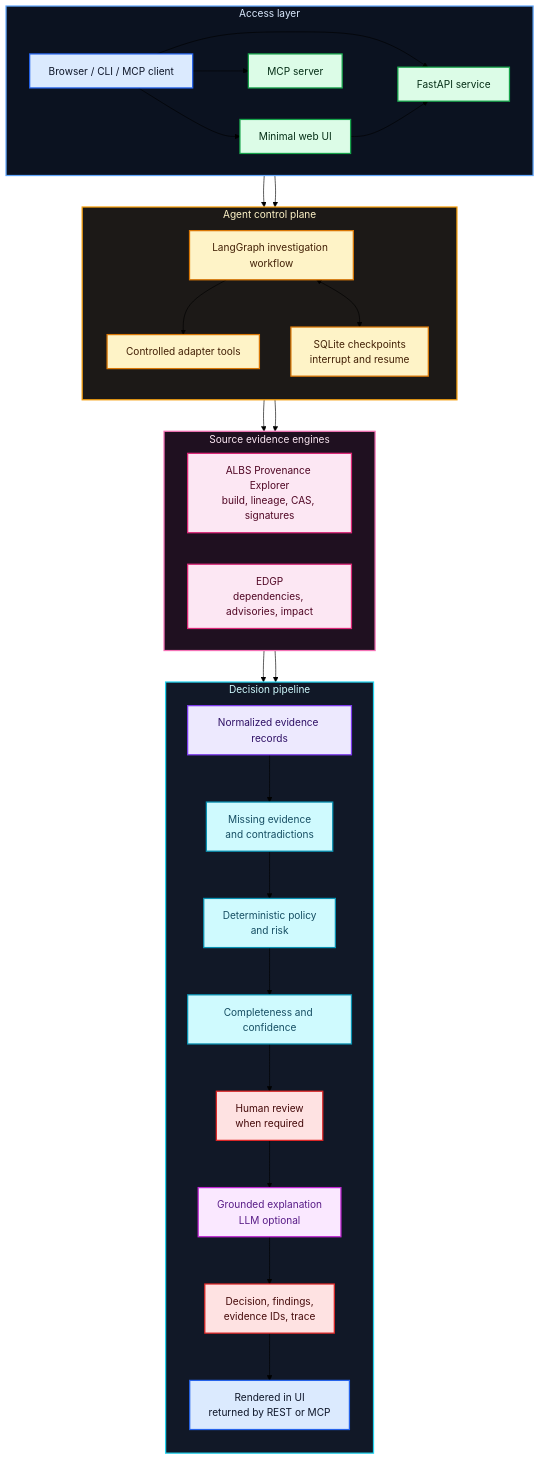
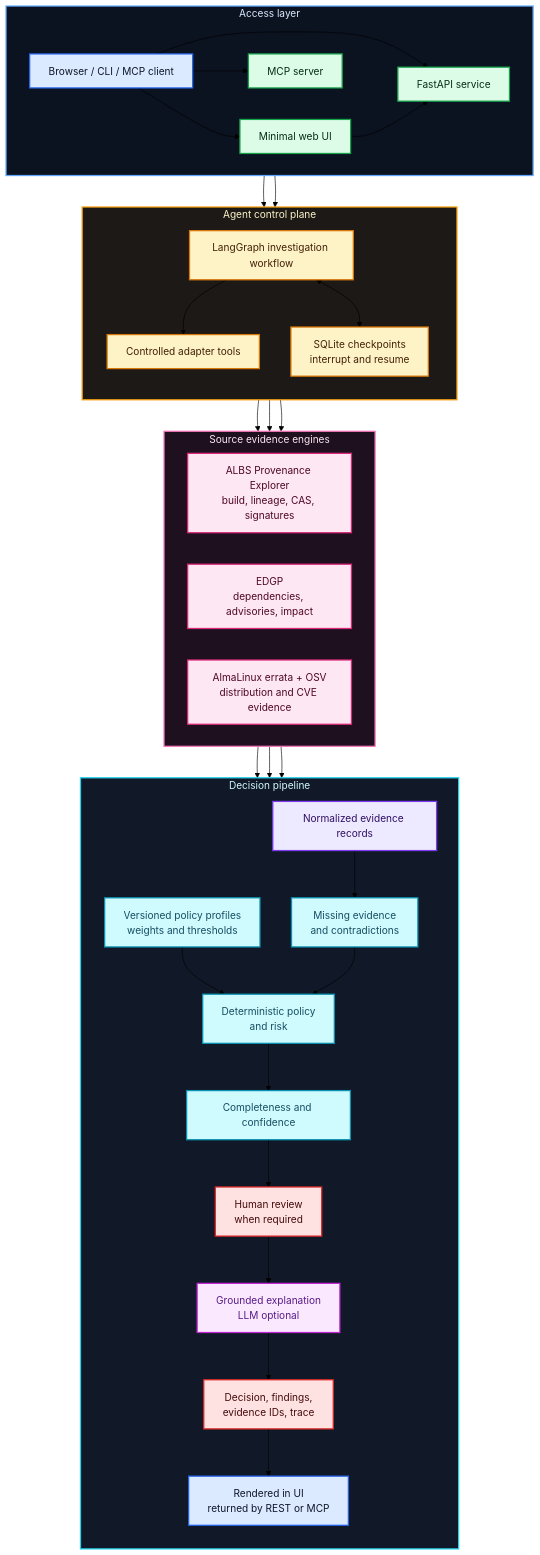
Before and after one commit to xsub/ProvenanceRiskAgent: the first of 2 diagrams in README.md, drawn with Mermaid (forest theme). The commit also changed other lines of this file and 35 other files, not shown here.

Commit message:
Add live evidence acquisition and policy profiles

````diff
--- a/README.md
+++ b/README.md
@@ -107,69 +107,74 @@
 ```mermaid
 flowchart TB
   subgraph access["Access layer"]
     direction LR
     client["Browser / CLI / MCP client"]:::client;
     web_ui["Minimal web UI"]:::entry;
     api_service["FastAPI service"]:::entry;
     mcp_server["MCP server"]:::entry;
   end
 
   subgraph control["Agent control plane"]
     direction TB
     workflow["LangGraph investigation workflow"]:::workflow;
     adapter_tools["Controlled adapter tools"]:::workflow;
     checkpoints["SQLite checkpoints<br/>interrupt and resume"]:::workflow;
   end
 
   subgraph sources["Source evidence engines"]
     direction LR
     albs_engine["ALBS Provenance Explorer<br/>build, lineage, CAS, signatures"]:::source;
     edgp_engine["EDGP<br/>dependencies, advisories, impact"]:::source;
+    advisory_feeds["AlmaLinux errata + OSV<br/>distribution and CVE evidence"]:::source;
   end
 
   subgraph decisioning["Decision pipeline"]
     direction TB
     evidence_records["Normalized evidence records"]:::evidence;
     consistency["Missing evidence<br/>and contradictions"]:::policy;
+    profiles["Versioned policy profiles<br/>weights and thresholds"]:::policy;
     policy_engine["Deterministic policy<br/>and risk"]:::policy;
     assessment["Completeness and confidence"]:::policy;
     review["Human review<br/>when required"]:::result;
     explainer["Grounded explanation<br/>LLM optional"]:::explain;
     response["Decision, findings,<br/>evidence IDs, trace"]:::result;
     delivery["Rendered in UI<br/>returned by REST or MCP"]:::client;
   end
 
   client --> web_ui;
   client --> api_service;
   client --> mcp_server;
   web_ui --> api_service;
   api_service --> workflow;
   mcp_server --> workflow;
   workflow --> adapter_tools;
   workflow <--> checkpoints;
   adapter_tools --> albs_engine;
   adapter_tools --> edgp_engine;
+  adapter_tools --> advisory_feeds;
   albs_engine --> evidence_records;
   edgp_engine --> evidence_records;
+  advisory_feeds --> evidence_records;
   evidence_records --> consistency;
+  profiles --> policy_engine;
   consistency --> policy_engine;
   policy_engine --> assessment;
   assessment --> review;
   review --> explainer;
   explainer --> response;
   response --> delivery;
 
   classDef client fill:#dbeafe,stroke:#2563eb,color:#0f172a,stroke-width:2px;
   classDef entry fill:#dcfce7,stroke:#16a34a,color:#052e16,stroke-width:2px;
   classDef workflow fill:#fef3c7,stroke:#d97706,color:#422006,stroke-width:2px;
   classDef source fill:#fce7f3,stroke:#db2777,color:#500724,stroke-width:2px;
   classDef evidence fill:#ede9fe,stroke:#7c3aed,color:#2e1065,stroke-width:2px;
   classDef policy fill:#cffafe,stroke:#0891b2,color:#164e63,stroke-width:2px;
   classDef explain fill:#fae8ff,stroke:#c026d3,color:#581c87,stroke-width:2px;
   classDef result fill:#fee2e2,stroke:#dc2626,color:#450a0a,stroke-width:2px;
 
   style access fill:#0b1220,stroke:#60a5fa,stroke-width:2px,color:#dbeafe;
   style control fill:#1c1917,stroke:#f59e0b,stroke-width:2px,color:#fef3c7;
   style sources fill:#1f1020,stroke:#f472b6,stroke-width:2px,color:#fce7f3;
   style decisioning fill:#111827,stroke:#22d3ee,stroke-width:2px,color:#cffafe;
 ```
````
